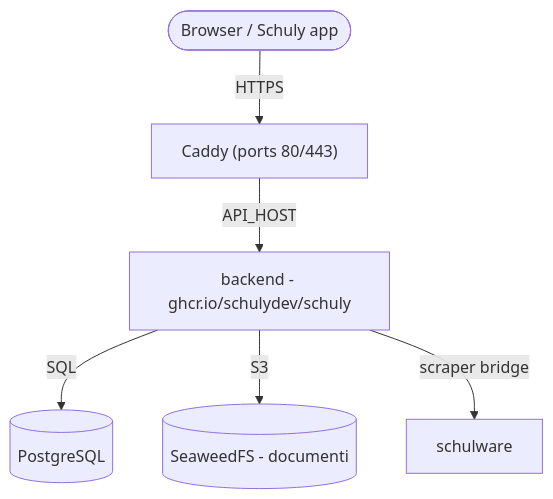
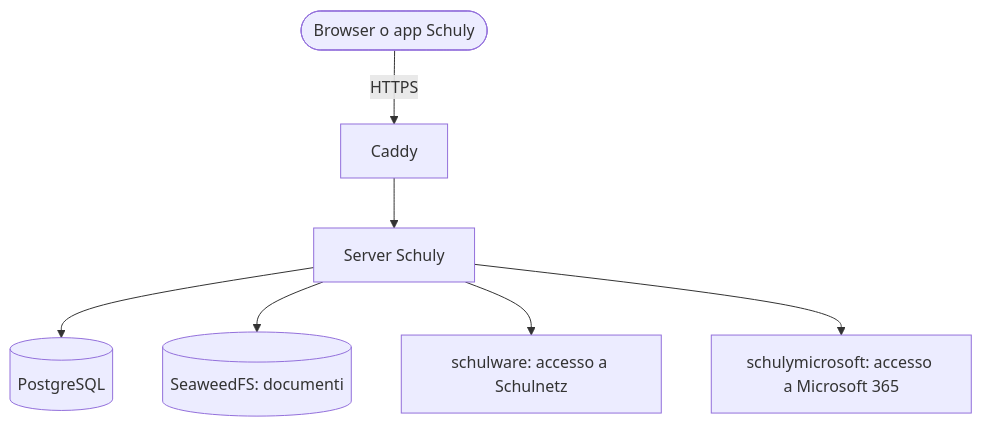
The diagram in docs/it/SchulyServer/setup/self-hosting.md (schulydev/SchulyDocs), drawn with Mermaid before and after one commit. The commit also changed other lines of this file and 101 other files, not shown here.

````diff
--- a/docs/it/SchulyServer/setup/self-hosting.md
+++ b/docs/it/SchulyServer/setup/self-hosting.md
@@ -14,8 +17,9 @@
 ```mermaid
 flowchart TB
-    user([Browser / Schuly app]) -->|HTTPS| caddy["Caddy (ports 80/443)"]
-    caddy -->|API_HOST| backend["backend - ghcr.io/schulydev/schuly"]
-    backend -->|SQL| pg[("PostgreSQL")]
-    backend -->|S3| s3[("SeaweedFS - documenti")]
-    backend -->|scraper bridge| sw["schulware"]
+    user([Browser o app Schuly]) -->|HTTPS| caddy["Caddy"]
+    caddy --> backend["Server Schuly"]
+    backend --> pg[("PostgreSQL")]
+    backend --> s3[("SeaweedFS: documenti")]
+    backend --> sw["schulware: accesso a Schulnetz"]
+    backend --> ms["schulymicrosoft: accesso a Microsoft 365"]
 ```
````
